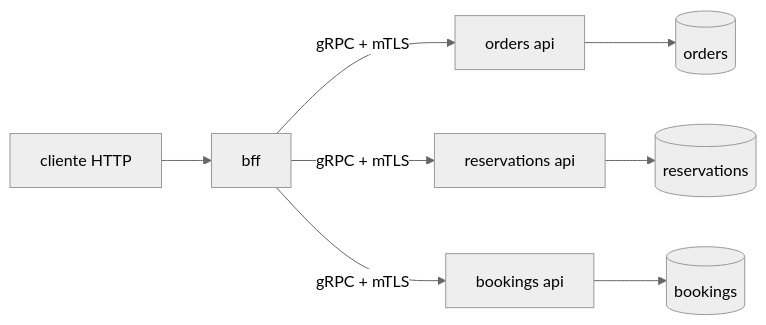
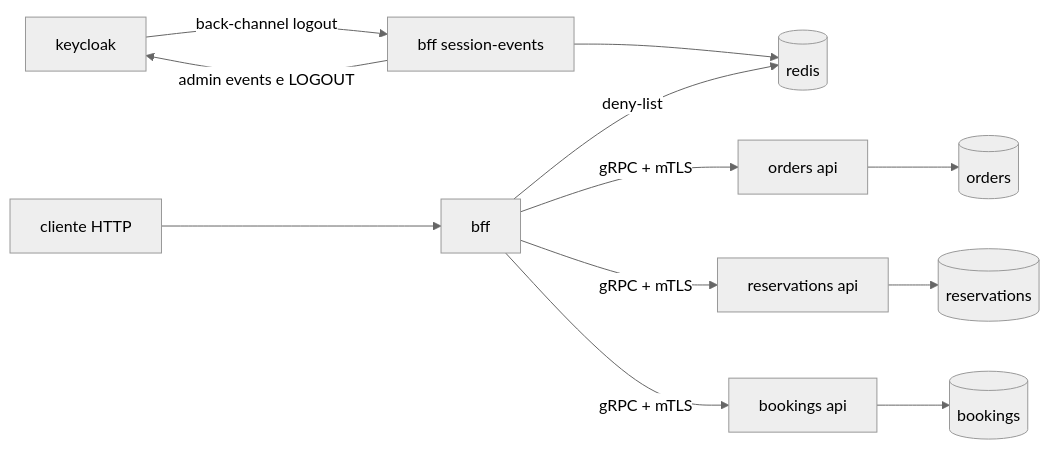
The diagram in apps/backend/bff/README.md (mateusmacedo/dmpf), drawn with Mermaid (neutral theme) before and after one commit. The commit also changed other lines of this file and 30 other files, not shown here.

Commit message:
feat(bff): Recusar sessão revogada e servir o papel session-events

````diff
--- a/apps/backend/bff/README.md
+++ b/apps/backend/bff/README.md
@@ -36,10 +47,14 @@
 ```mermaid
 flowchart LR
   client[cliente HTTP] --> bff[bff]
+  bff -->|deny-list| redis[(redis)]
+  keycloak[keycloak] -->|back-channel logout| events[bff session-events]
+  events -->|admin events e LOGOUT| keycloak
+  events --> redis
   bff -->|gRPC + mTLS| orders[orders api]
   bff -->|gRPC + mTLS| reservations[reservations api]
   bff -->|gRPC + mTLS| bookings[bookings api]
   orders --> ordersdb[(orders)]
   reservations --> reservationsdb[(reservations)]
   bookings --> bookingsdb[(bookings)]
 ```
````
